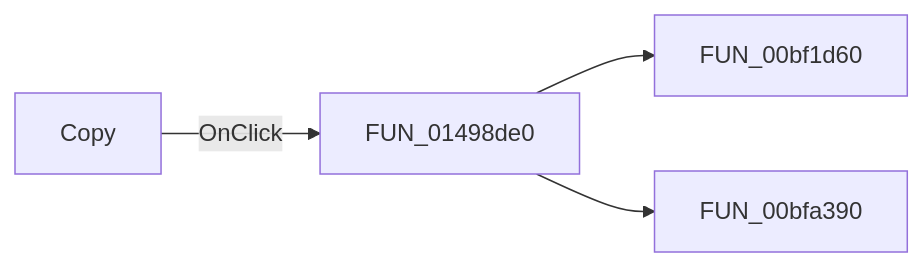
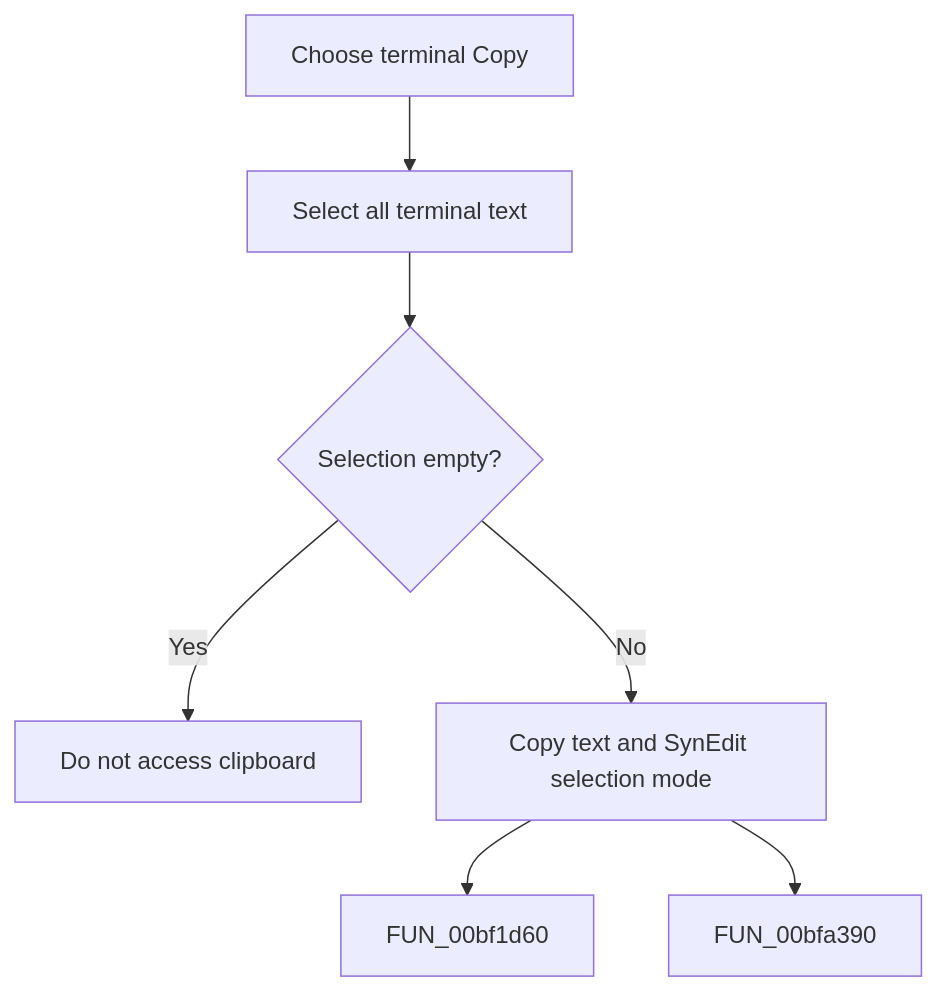
The diagram in docs/ui-controls/frmdesigntool/mncopyterminal-d0bc7db81d.md (MovGP0/TIARA), drawn with Mermaid before and after one commit. The commit also changed other lines of this file and 387 other files, not shown here.

````diff
--- a/docs/ui-controls/frmdesigntool/mncopyterminal-d0bc7db81d.md
+++ b/docs/ui-controls/frmdesigntool/mncopyterminal-d0bc7db81d.md
@@ -27,6 +27,9 @@
 ```mermaid
-flowchart LR
-    control["Copy"] -->|OnClick| handler["FUN_01498de0"]
+flowchart TD
+    click["Choose terminal Copy"] --> select["Select all terminal text"]
+    select --> empty{"Selection empty?"}
+    empty -->|Yes| stop["Do not access clipboard"]
+    empty -->|No| handler["Copy text and SynEdit selection mode"]
     handler --> call1["FUN_00bf1d60"]
     handler --> call2["FUN_00bfa390"]
 ```
````
